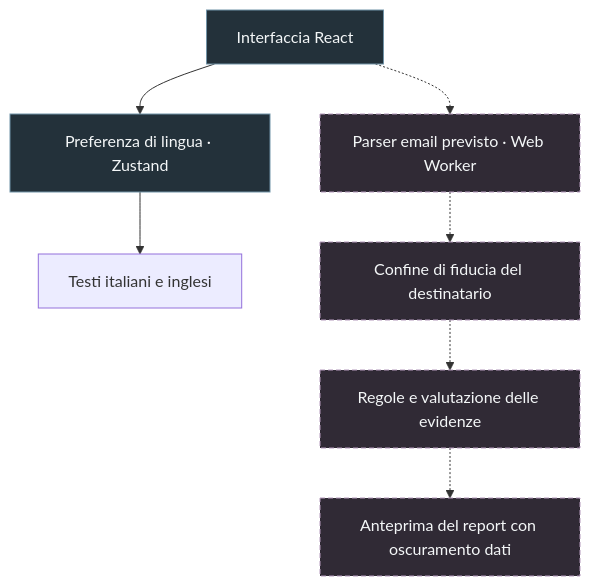
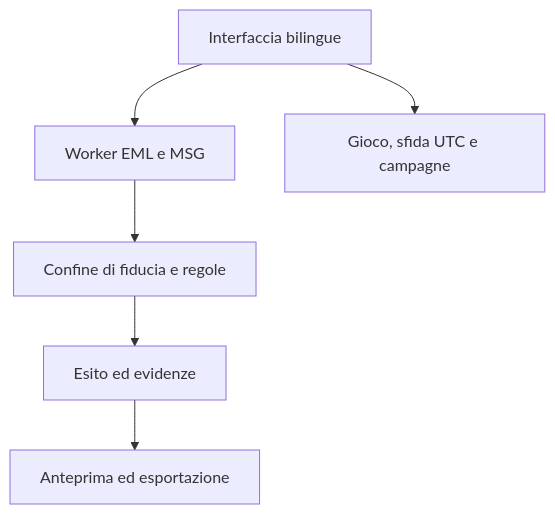
One commit to chiaraberti13/BITERADAR changed the diagram in README.it.md. Above: the diagram before and after it, drawn with Mermaid. The commit also changed other lines of this file and 43 other files, not shown here.

````diff
--- a/README.it.md
+++ b/README.it.md
@@ -34,16 +34,8 @@
 ```mermaid
 flowchart TD
-    accTitle: Architettura di BITERADAR
-    accDescr: Oggi l’app nel browser mostra l’interfaccia bilingue. La linea tratteggiata indica l’integrazione prevista con l’analizzatore di email. I moduli di parsing, valutazione ed esportazione definiscono per ora i tipi di dati e le interfacce.
-    app["Interfaccia React"] --> state["Preferenza di lingua · Zustand"]
-    state --> labels["Testi italiani e inglesi"]
-    app -.-> parser["Parser email previsto · Web Worker"]
-    parser -.-> trust["Confine di fiducia del destinatario"]
-    trust -.-> score["Regole e valutazione delle evidenze"]
-    score -.-> report["Anteprima del report con oscuramento dati"]
-
-    classDef core fill:#23313a,stroke:#7193a7,color:#f4f7f8;
-    classDef planned fill:#302a35,stroke:#b49abc,color:#f4f7f8,stroke-dasharray:5 3;
-    class app,state core;
-    class parser,trust,score,report planned;
+    app["Interfaccia bilingue"] --> worker["Worker EML e MSG"]
+    worker --> trust["Confine di fiducia e regole"]
+    trust --> result["Esito ed evidenze"]
+    result --> report["Anteprima ed esportazione"]
+    app --> game["Gioco, sfida UTC e campagne"]
 ```
````
